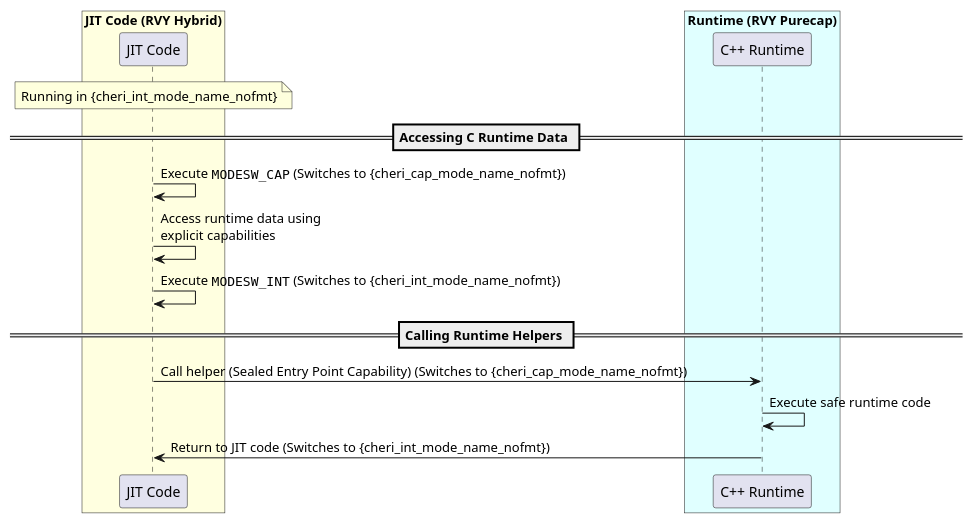
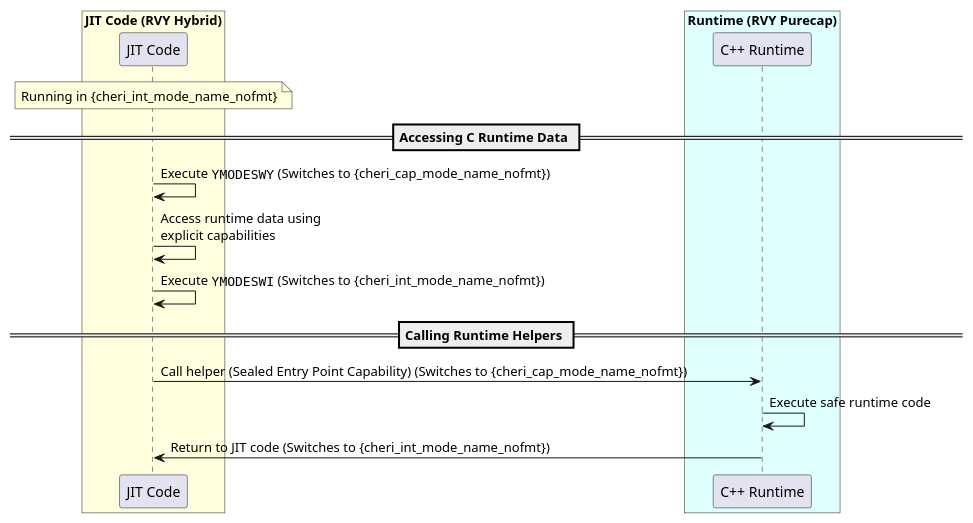
One commit to riscv/riscv-cheri changed the fourth of 4 diagrams in src/cheri/app-hybrid-usage.adoc. Above: the diagram before and after it, drawn with PlantUML. The commit also changed other lines of this file and 86 other files, not shown here.

```diff
--- a/src/cheri/app-hybrid-usage.adoc
+++ b/src/cheri/app-hybrid-usage.adoc
@@ -163,25 +163,25 @@
 [plantuml, target="hybrid-mode-transition", format="svg",subs=attributes+]
 ....
 @startuml
 box "JIT Code (RVY Hybrid)" #LightYellow
 participant "JIT Code" as J
 end box
 
 box "Runtime (RVY Purecap)" #LightCyan
 participant "C++ Runtime" as R
 end box
 
 note over J: Running in {cheri_int_mode_name_nofmt}
 
 == Accessing C Runtime Data ==
-J -> J: Execute ""MODESW_CAP"" (Switches to {cheri_cap_mode_name_nofmt})
+J -> J: Execute ""YMODESWY"" (Switches to {cheri_cap_mode_name_nofmt})
 J -> J: Access runtime data using\nexplicit capabilities
-J -> J: Execute ""MODESW_INT"" (Switches to {cheri_int_mode_name_nofmt})
+J -> J: Execute ""YMODESWI"" (Switches to {cheri_int_mode_name_nofmt})
 
 == Calling Runtime Helpers ==
 J -> R: Call helper (Sealed Entry Point Capability) (Switches to {cheri_cap_mode_name_nofmt})
 R -> R: Execute safe runtime code
 R -> J: Return to JIT code (Switches to {cheri_int_mode_name_nofmt})
 
 @enduml
 ....
```
